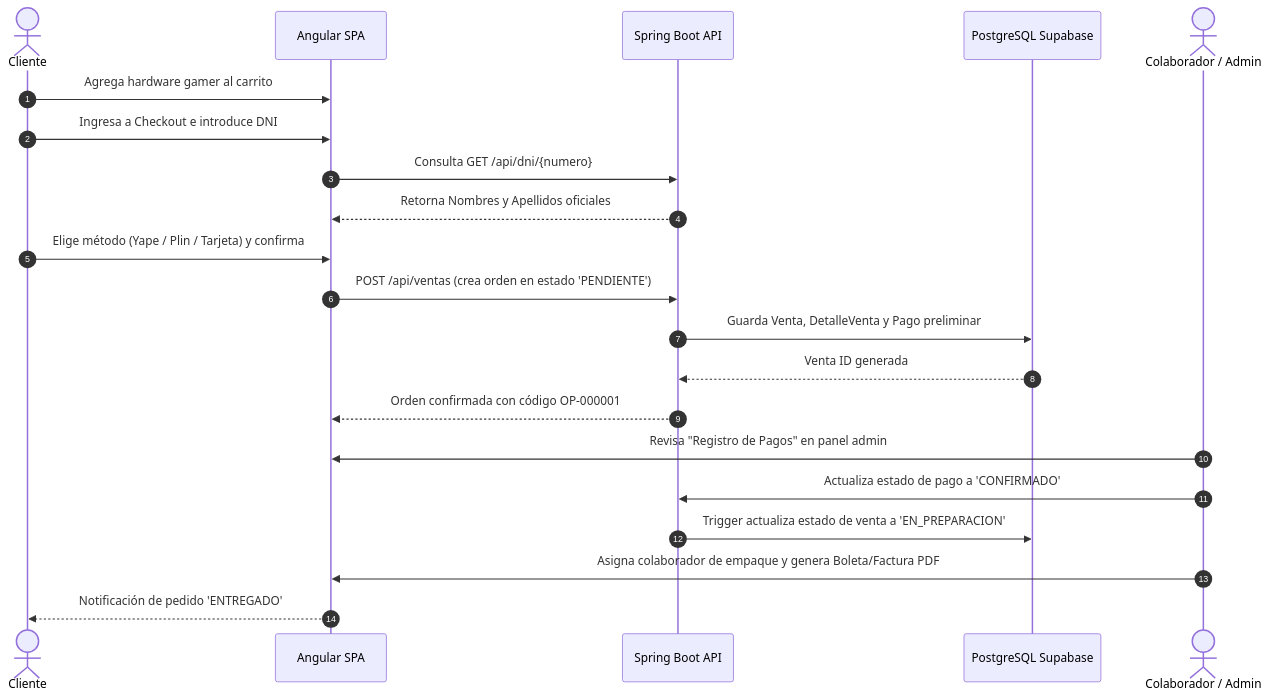
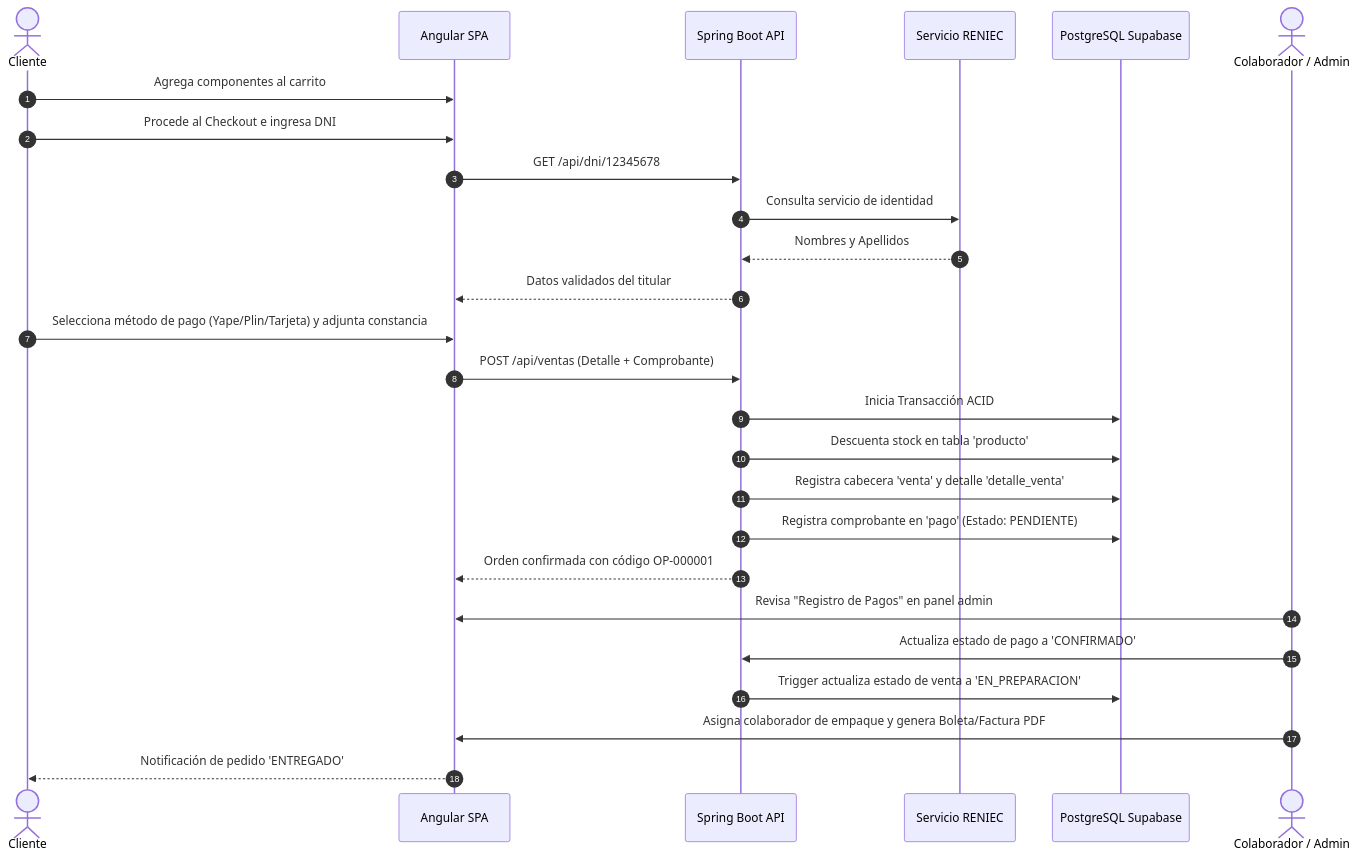
One commit to MrCarlos17A/TechZone changed the second of 3 diagrams in README.md. Above: the diagram before and after it, drawn with Mermaid. The commit also changed other lines of this file, not shown here.

Commit message:
fix(docs): corregir sintaxis mermaid en diagramas de flujo del README

````diff
--- a/README.md
+++ b/README.md
@@ -100,25 +100,30 @@
 ```mermaid
 sequenceDiagram
     autonumber
     actor Cliente as Cliente
     participant Front as Angular SPA
     participant Back as Spring Boot API
+    participant RENIEC as Servicio RENIEC
     participant DB as PostgreSQL Supabase
     actor Colab as Colaborador / Admin
 
-    Cliente->>Front: Agrega hardware gamer al carrito
-    Cliente->>Front: Ingresa a Checkout e introduce DNI
-    Front->>Back: Consulta GET /api/dni/{numero}
-    Back-->>Front: Retorna Nombres y Apellidos oficiales
-    Cliente->>Front: Elige método (Yape / Plin / Tarjeta) y confirma
-    Front->>Back: POST /api/ventas (crea orden en estado 'PENDIENTE')
-    Back->>DB: Guarda Venta, DetalleVenta y Pago preliminar
-    DB-->>Back: Venta ID generada
+    Cliente->>Front: Agrega componentes al carrito
+    Cliente->>Front: Procede al Checkout e ingresa DNI
+    Front->>Back: GET /api/dni/12345678
+    Back->>RENIEC: Consulta servicio de identidad
+    RENIEC-->>Back: Nombres y Apellidos
+    Back-->>Front: Datos validados del titular
+    Cliente->>Front: Selecciona método de pago (Yape/Plin/Tarjeta) y adjunta constancia
+    Front->>Back: POST /api/ventas (Detalle + Comprobante)
+    Back->>DB: Inicia Transacción ACID
+    Back->>DB: Descuenta stock en tabla 'producto'
+    Back->>DB: Registra cabecera 'venta' y detalle 'detalle_venta'
+    Back->>DB: Registra comprobante en 'pago' (Estado: PENDIENTE)
     Back-->>Front: Orden confirmada con código OP-000001
     
     Colab->>Front: Revisa "Registro de Pagos" en panel admin
     Colab->>Back: Actualiza estado de pago a 'CONFIRMADO'
     Back->>DB: Trigger actualiza estado de venta a 'EN_PREPARACION'
     Colab->>Front: Asigna colaborador de empaque y genera Boleta/Factura PDF
     Front-->>Cliente: Notificación de pedido 'ENTREGADO'
 ```
````
